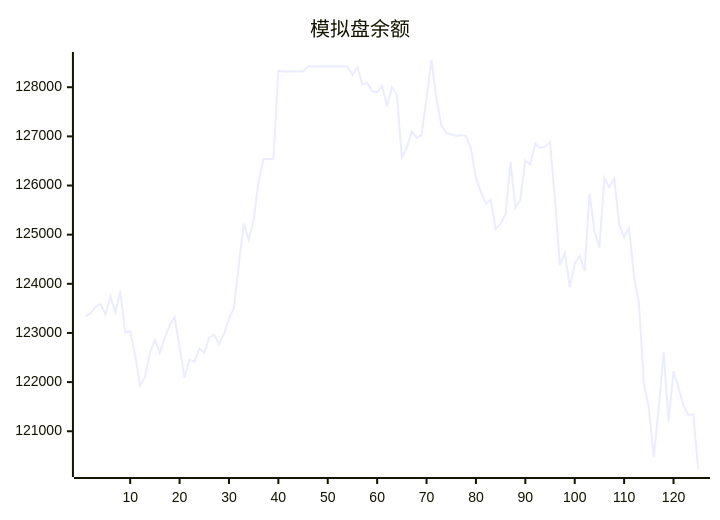
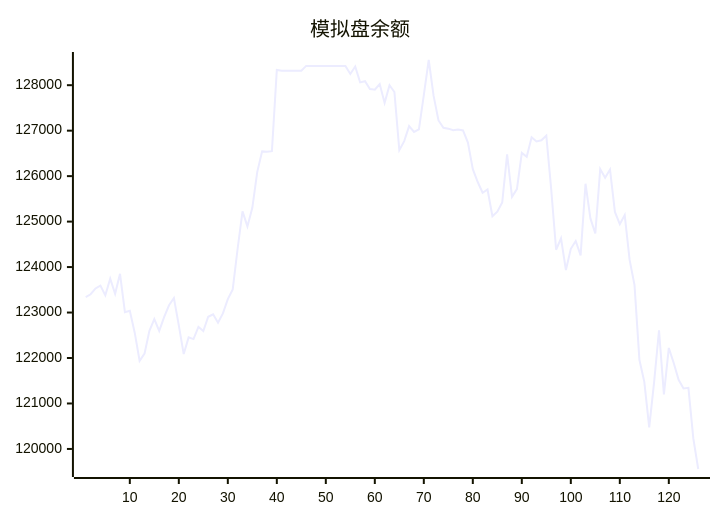
Before and after one commit to aahl/ai-trading: the diagram in README.md, drawn with Mermaid. The commit also changed other lines of this file and 1 other file, not shown here.

````diff
--- a/README.md
+++ b/README.md
@@ -5,5 +5,5 @@
 ```mermaid
 xychart
     title "模拟盘余额"
-    line [123338,123402,123530,123592,123378,123745,123413,123853,123009,123040,122557,121938,122095,122599,122856,122597,122898,123160,123319,122719,122087,122454,122416,122685,122592,122907,122961,122776,122981,123295,123507,124403,125224,124894,125303,126088,126544,126534,126549,128335,128318,128318,128318,128318,128318,128424,128424,128424,128424,128424,128424,128424,128424,128424,128247,128412,128062,128087,127917,127901,128026,127611,128000,127850,126572,126770,127100,126971,127029,127783,128554,127765,127224,127064,127044,127009,127025,127004,126738,126152,125871,125635,125707,125117,125217,125420,126480,125545,125715,126511,126424,126856,126764,126788,126890,125710,124381,124632,123936,124402,124574,124256,125833,125070,124739,126154,125966,126145,125213,124943,125143,124157,123604,121959,121476,120476,121470,122610,121201,122221,121889,121522,121332,121344,120232]
+    line [123338,123402,123530,123592,123378,123745,123413,123853,123009,123040,122557,121938,122095,122599,122856,122597,122898,123160,123319,122719,122087,122454,122416,122685,122592,122907,122961,122776,122981,123295,123507,124403,125224,124894,125303,126088,126544,126534,126549,128335,128318,128318,128318,128318,128318,128424,128424,128424,128424,128424,128424,128424,128424,128424,128247,128412,128062,128087,127917,127901,128026,127611,128000,127850,126572,126770,127100,126971,127029,127783,128554,127765,127224,127064,127044,127009,127025,127004,126738,126152,125871,125635,125707,125117,125217,125420,126480,125545,125715,126511,126424,126856,126764,126788,126890,125710,124381,124632,123936,124402,124574,124256,125833,125070,124739,126154,125966,126145,125213,124943,125143,124157,123604,121959,121476,120476,121470,122610,121201,122221,121889,121522,121332,121344,120232,119559]
 ```
````
